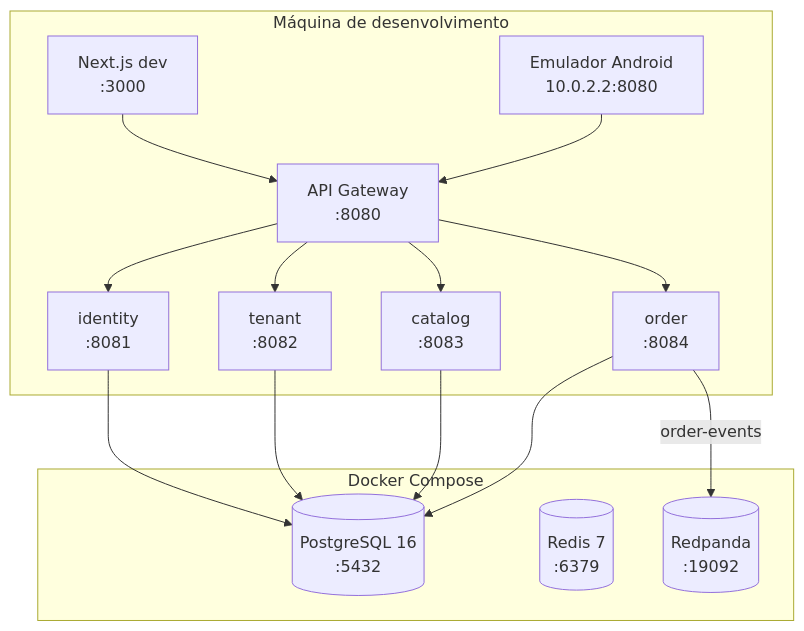
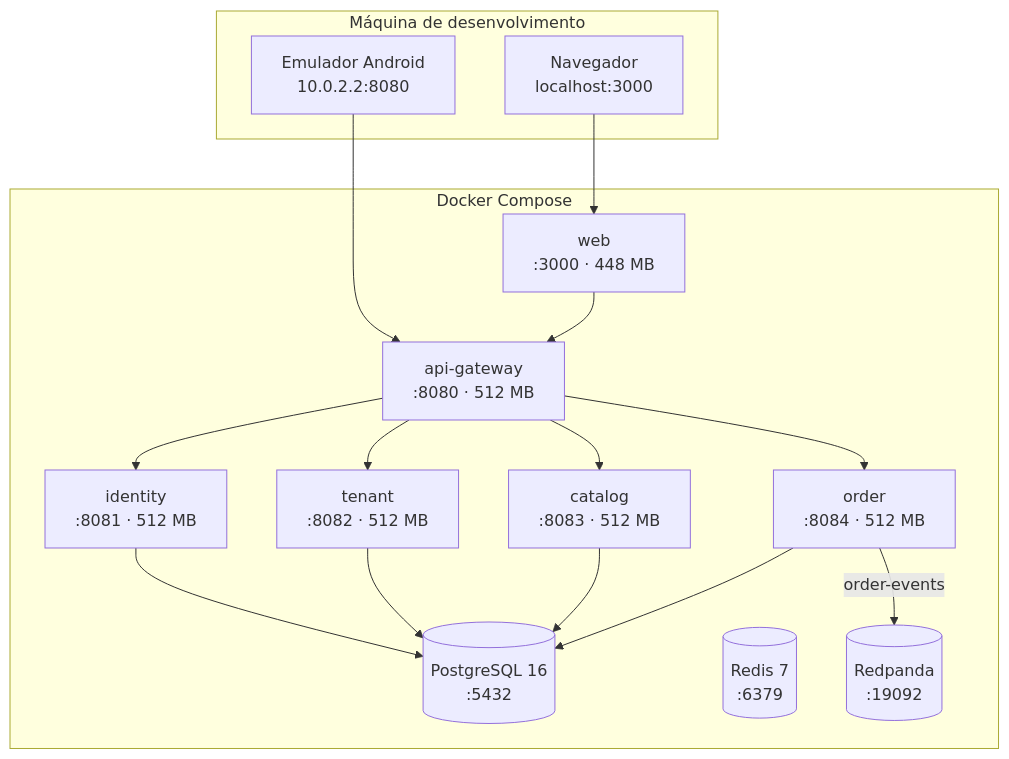
One commit to bgeromoJs/delivery-marketplace changed diagram 13 of 13 in docs/tecnica/02-arquitetura.md. Above: the diagram before and after it, drawn with Mermaid. The commit also changed other lines of this file and 7 other files, not shown here.

````diff
--- a/docs/tecnica/02-arquitetura.md
+++ b/docs/tecnica/02-arquitetura.md
@@ -490,30 +490,32 @@
 ```mermaid
 flowchart TB
     subgraph HOST["Máquina de desenvolvimento"]
-        WEB["Next.js dev<br/>:3000"]
-        GW["API Gateway<br/>:8080"]
-        ID["identity<br/>:8081"]
-        TEN["tenant<br/>:8082"]
-        CAT["catalog<br/>:8083"]
-        ORD["order<br/>:8084"]
+        BROWSER["Navegador<br/>localhost:3000"]
         AND["Emulador Android<br/>10.0.2.2:8080"]
     end
 
     subgraph DOCKER["Docker Compose"]
+        WEB["web<br/>:3000 · 448 MB"]
+        GW["api-gateway<br/>:8080 · 512 MB"]
+        ID["identity<br/>:8081 · 512 MB"]
+        TEN["tenant<br/>:8082 · 512 MB"]
+        CAT["catalog<br/>:8083 · 512 MB"]
+        ORD["order<br/>:8084 · 512 MB"]
         PG[("PostgreSQL 16<br/>:5432")]
         RD[("Redis 7<br/>:6379")]
         RP[("Redpanda<br/>:19092")]
     end
 
+    BROWSER --> WEB
+    AND --> GW
     WEB --> GW
-    AND --> GW
     GW --> ID
     GW --> TEN
     GW --> CAT
     GW --> ORD
     ID --> PG
     TEN --> PG
     CAT --> PG
     ORD --> PG
     ORD -->|"order-events"| RP
 ```
````
